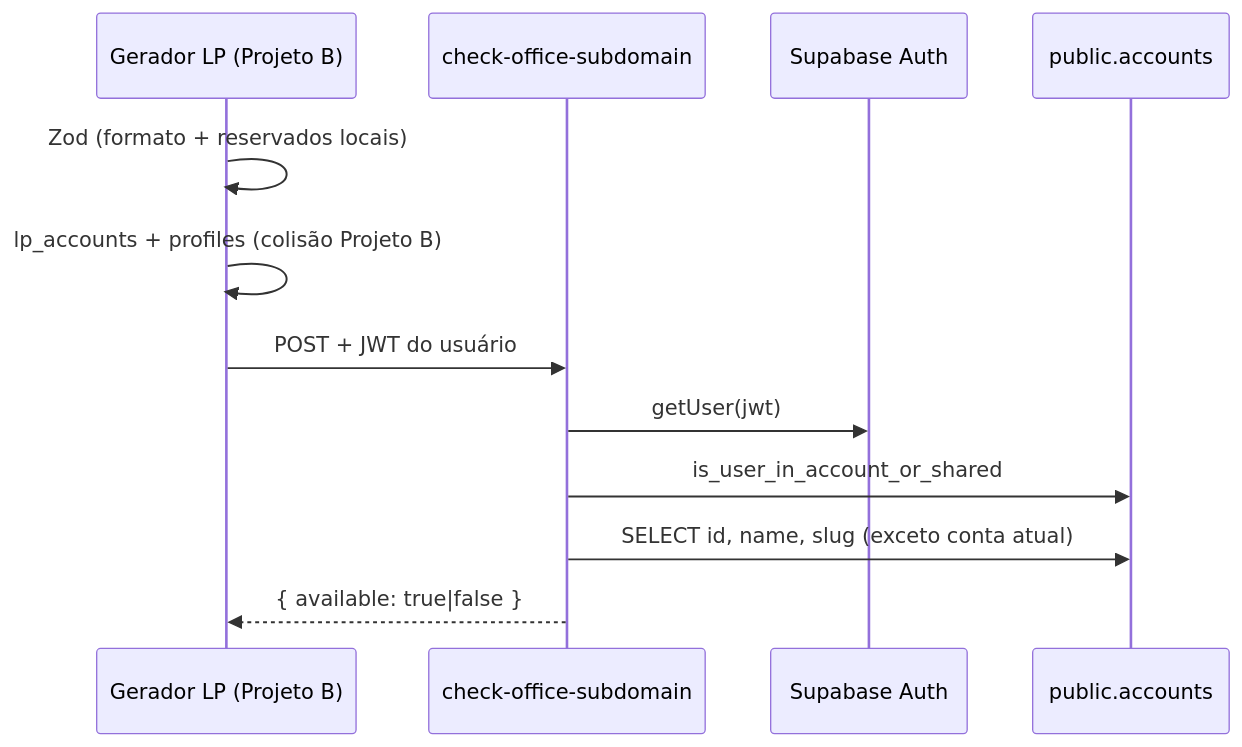
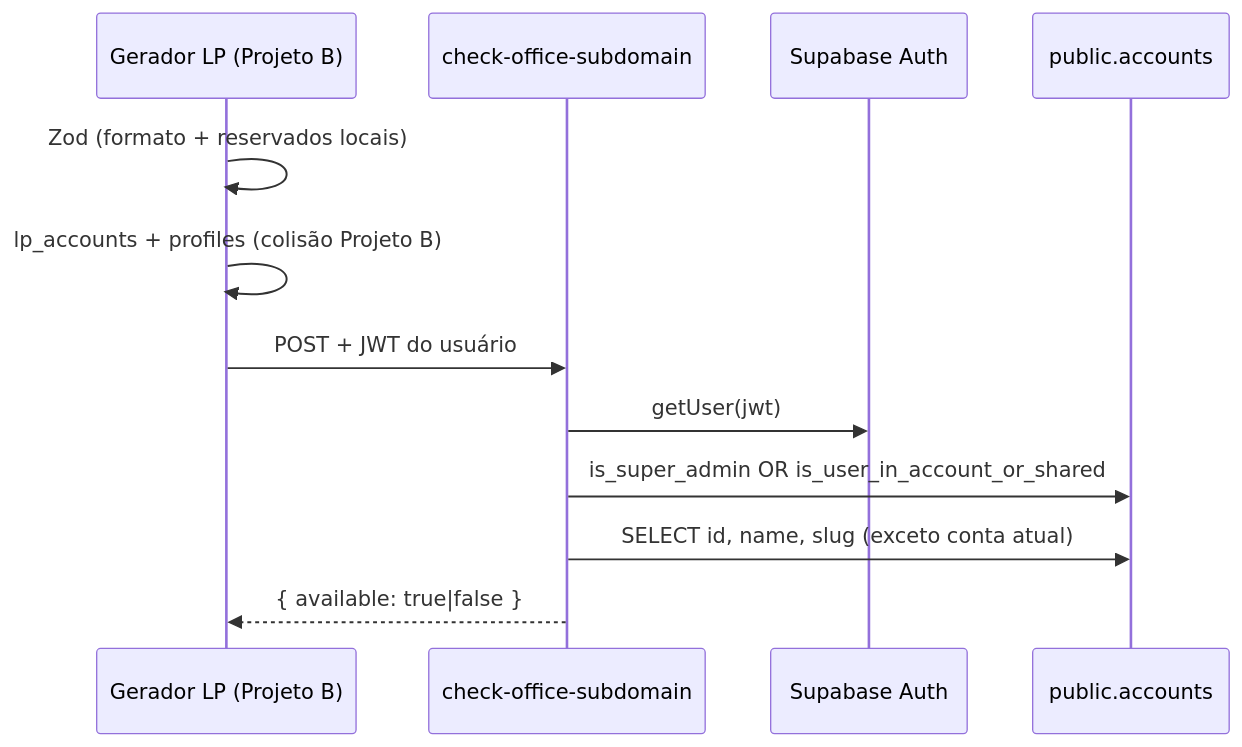
The diagram in docs/causi-database/edge-function-check-office-subdomain.md (aceleracaojuridica/gerador-lp.causi.adv.br), drawn with Mermaid before and after one commit. The commit also changed other lines of this file and 4 other files, not shown here.

````diff
--- a/docs/causi-database/edge-function-check-office-subdomain.md
+++ b/docs/causi-database/edge-function-check-office-subdomain.md
@@ -26,15 +26,15 @@
 ```mermaid
 sequenceDiagram
   participant UI as Gerador LP (Projeto B)
   participant EF as check-office-subdomain
   participant Auth as Supabase Auth
   participant DB as public.accounts
 
   UI->>UI: Zod (formato + reservados locais)
   UI->>UI: lp_accounts + profiles (colisão Projeto B)
   UI->>EF: POST + JWT do usuário
   EF->>Auth: getUser(jwt)
-  EF->>DB: is_user_in_account_or_shared
+  EF->>DB: is_super_admin OR is_user_in_account_or_shared
   EF->>DB: SELECT id, name, slug (exceto conta atual)
   EF-->>UI: { available: true|false }
 ```
````
